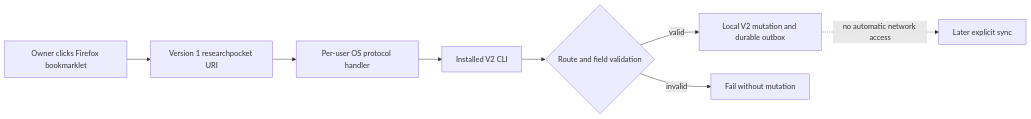
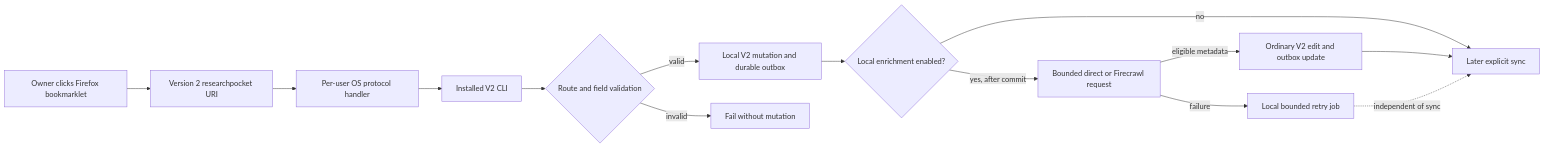
Before and after one commit to ResearchPocket/researchpocket.github.io: the third of 4 diagrams in docs/v2/THREAT_MODEL.md, drawn with Mermaid. The commit also changed other lines of this file and 27 other files, not shown here.

````diff
--- a/docs/v2/THREAT_MODEL.md
+++ b/docs/v2/THREAT_MODEL.md
@@ -200,10 +225,16 @@
 ```mermaid
 flowchart LR
-    O[Owner clicks Firefox bookmarklet] --> B[Version 1 researchpocket URI]
+    O[Owner clicks Firefox bookmarklet] --> B[Version 2 researchpocket URI]
     B --> P[Per-user OS protocol handler]
     P --> C[Installed V2 CLI]
     C --> V{Route and field validation}
     V -->|valid| L[Local V2 mutation and durable outbox]
     V -->|invalid| F[Fail without mutation]
-    L -. no automatic network access .-> S[Later explicit sync]
+    L --> J{Local enrichment enabled?}
+    J -->|no| S[Later explicit sync]
+    J -->|yes, after commit| E[Bounded direct or Firecrawl request]
+    E -->|eligible metadata| A[Ordinary V2 edit and outbox update]
+    E -->|failure| R[Local bounded retry job]
+    A --> S
+    R -. independent of sync .-> S
 ```
````
